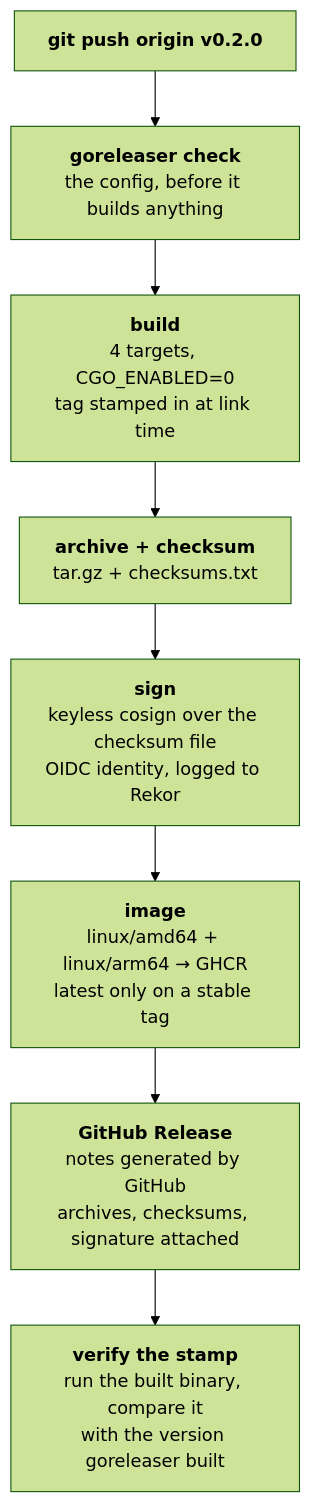
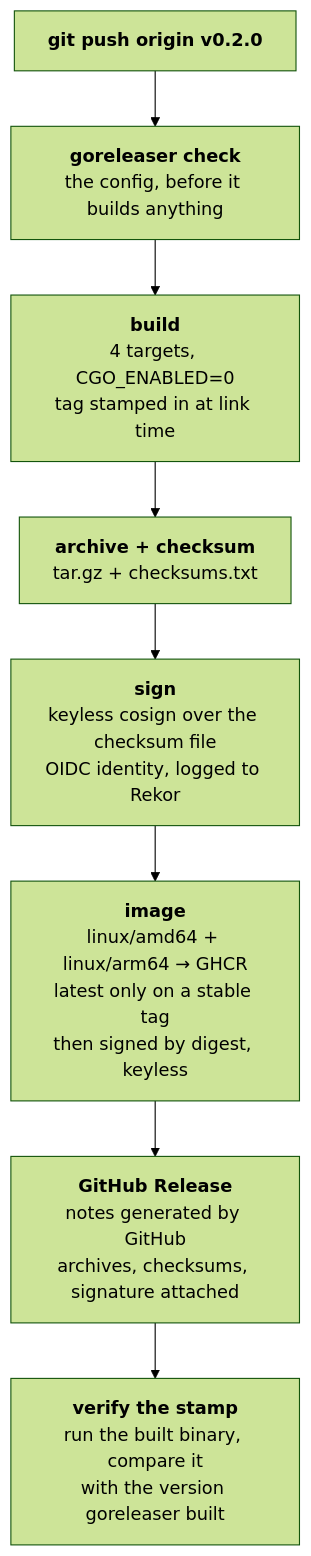
One commit to crewlet/crewlet changed the diagram in RELEASING.md. Above: the diagram before and after it, drawn with Mermaid (forest theme). The commit also changed other lines of this file and 3 other files, not shown here.

````diff
--- a/RELEASING.md
+++ b/RELEASING.md
@@ -17,11 +17,11 @@
 ```mermaid
 flowchart TD
     T["<b>git push origin v0.2.0</b>"] --> C
     C["<b>goreleaser check</b><br/>the config, before it builds anything"] --> B
     B["<b>build</b><br/>4 targets, CGO_ENABLED=0<br/>tag stamped in at link time"] --> A
     A["<b>archive + checksum</b><br/>tar.gz + checksums.txt"] --> S
     S["<b>sign</b><br/>keyless cosign over the checksum file<br/>OIDC identity, logged to Rekor"] --> I
-    I["<b>image</b><br/>linux/amd64 + linux/arm64 → GHCR<br/>latest only on a stable tag"] --> R
+    I["<b>image</b><br/>linux/amd64 + linux/arm64 → GHCR<br/>latest only on a stable tag<br/>then signed by digest, keyless"] --> R
     R["<b>GitHub Release</b><br/>notes generated by GitHub<br/>archives, checksums, signature attached"] --> V
     V["<b>verify the stamp</b><br/>run the built binary, compare it<br/>with the version goreleaser built"]
 ```
````
